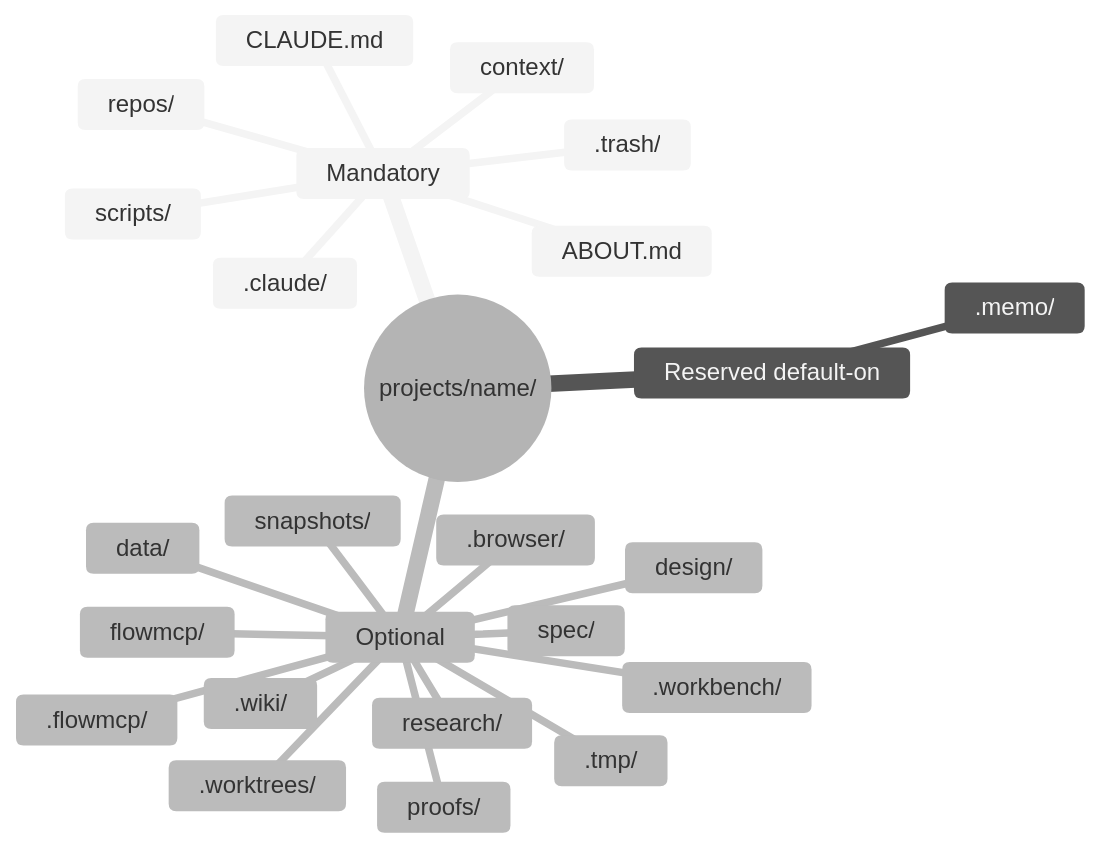
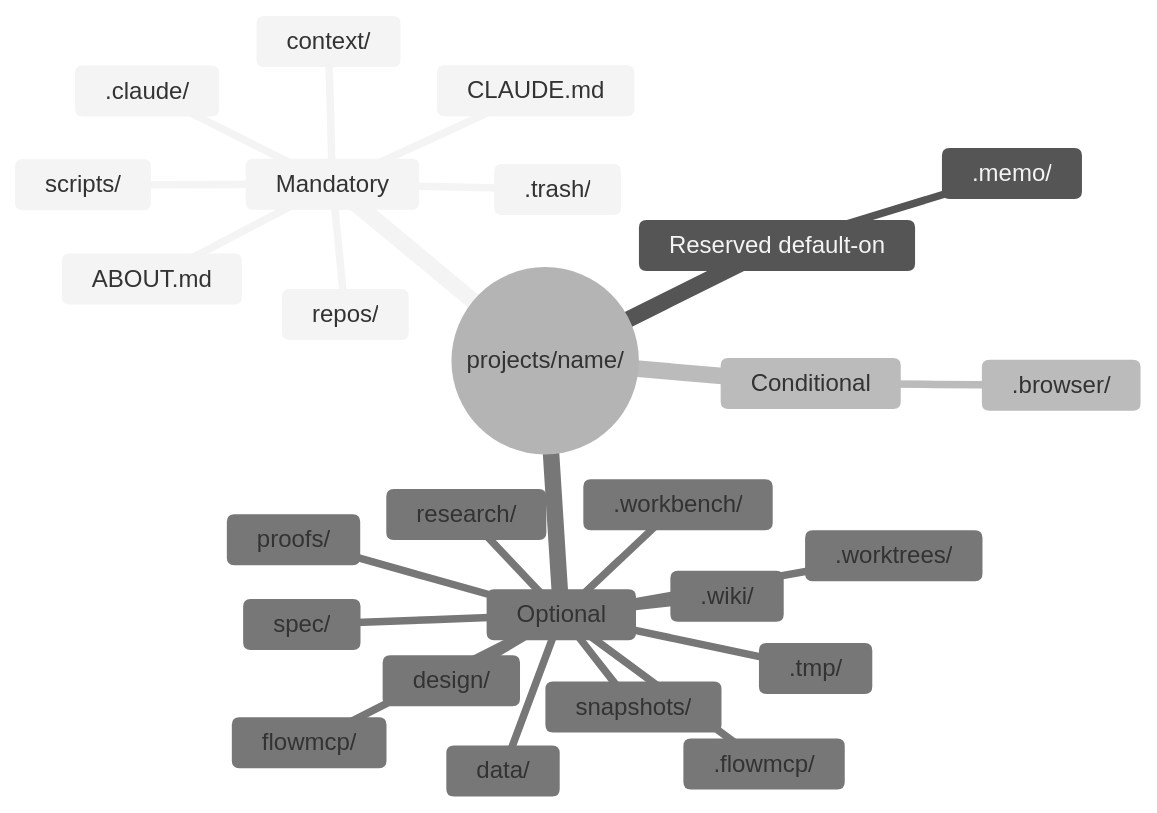
Before and after one commit to Memo-Init/spec: the first of 2 diagrams in workbench/0.1.0/dist/spec/12-folders.md, drawn with Mermaid (neutral theme). The commit also changed other lines of this file and 172 other files, not shown here.

````diff
--- a/workbench/0.1.0/dist/spec/12-folders.md
+++ b/workbench/0.1.0/dist/spec/12-folders.md
@@ -69,28 +69,29 @@
 ```mermaid
 mindmap
   root((projects/name/))
     Mandatory
       .claude/
       .trash/
       ABOUT.md
       CLAUDE.md
       context/
       repos/
       scripts/
     Reserved default-on
       .memo/
+    Conditional
+      .browser/
     Optional
-      .browser/
       .flowmcp/
       .tmp/
       .wiki/
       .workbench/
       .worktrees/
       data/
       design/
       flowmcp/
       proofs/
       research/
       snapshots/
       spec/
 ```
````
